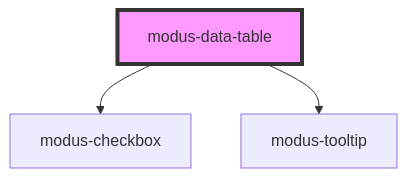
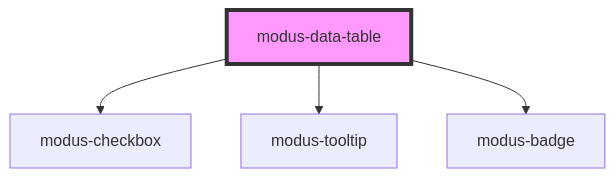
Before and after one commit to trimble-oss/modus-web-components: the diagram in stencil-workspace/src/components/modus-data-table/readme.md, drawn with Mermaid. The commit also changed other lines of this file and 11 other files, not shown here.

Commit message:
Add Badge cell type to Data Table

````diff
--- a/stencil-workspace/src/components/modus-data-table/readme.md
+++ b/stencil-workspace/src/components/modus-data-table/readme.md
@@ -37,6 +38,7 @@
 ```mermaid
 graph TD;
   modus-data-table --> modus-checkbox
   modus-data-table --> modus-tooltip
+  modus-data-table --> modus-badge
   style modus-data-table fill:#f9f,stroke:#333,stroke-width:4px
 ```
````
